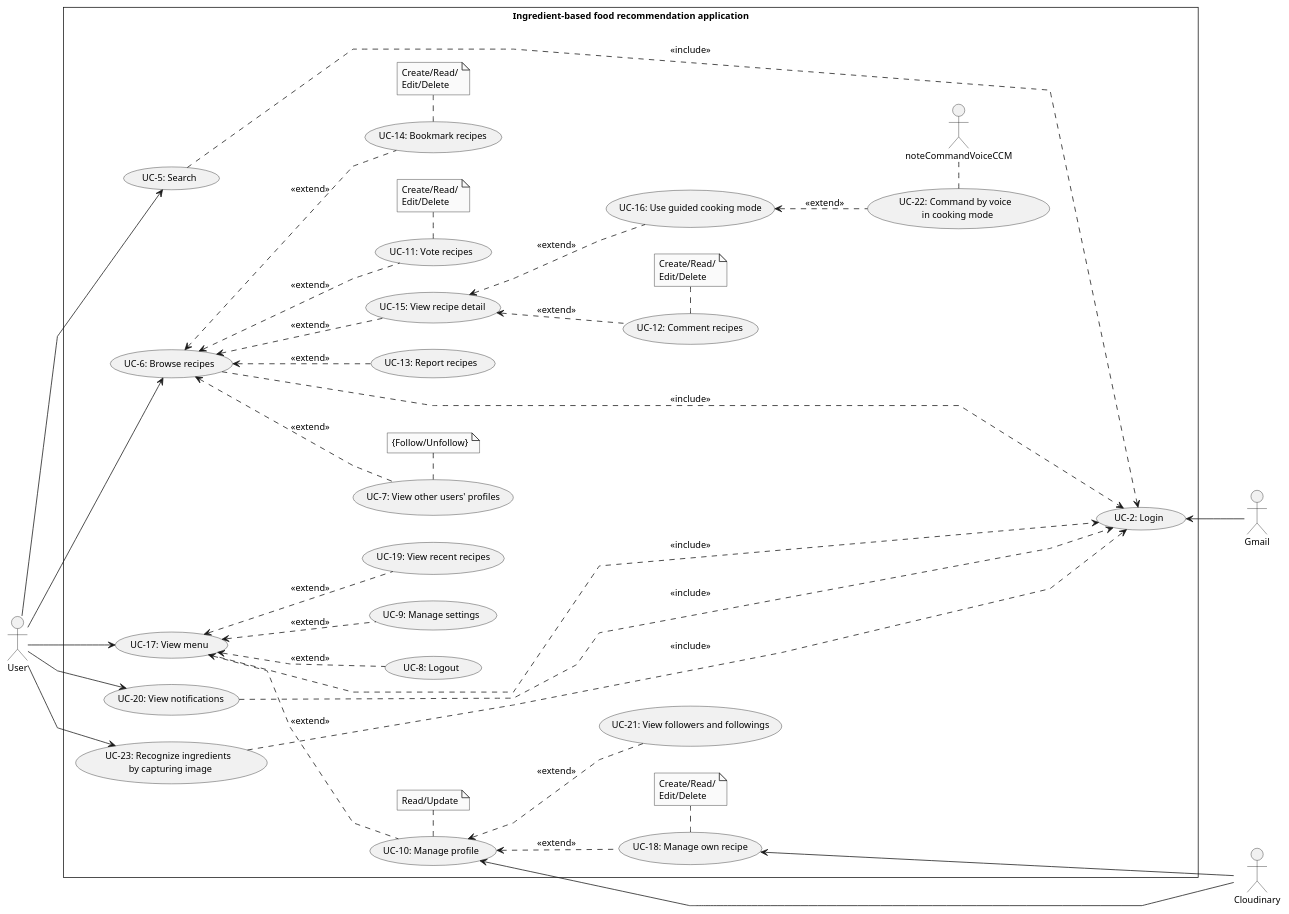
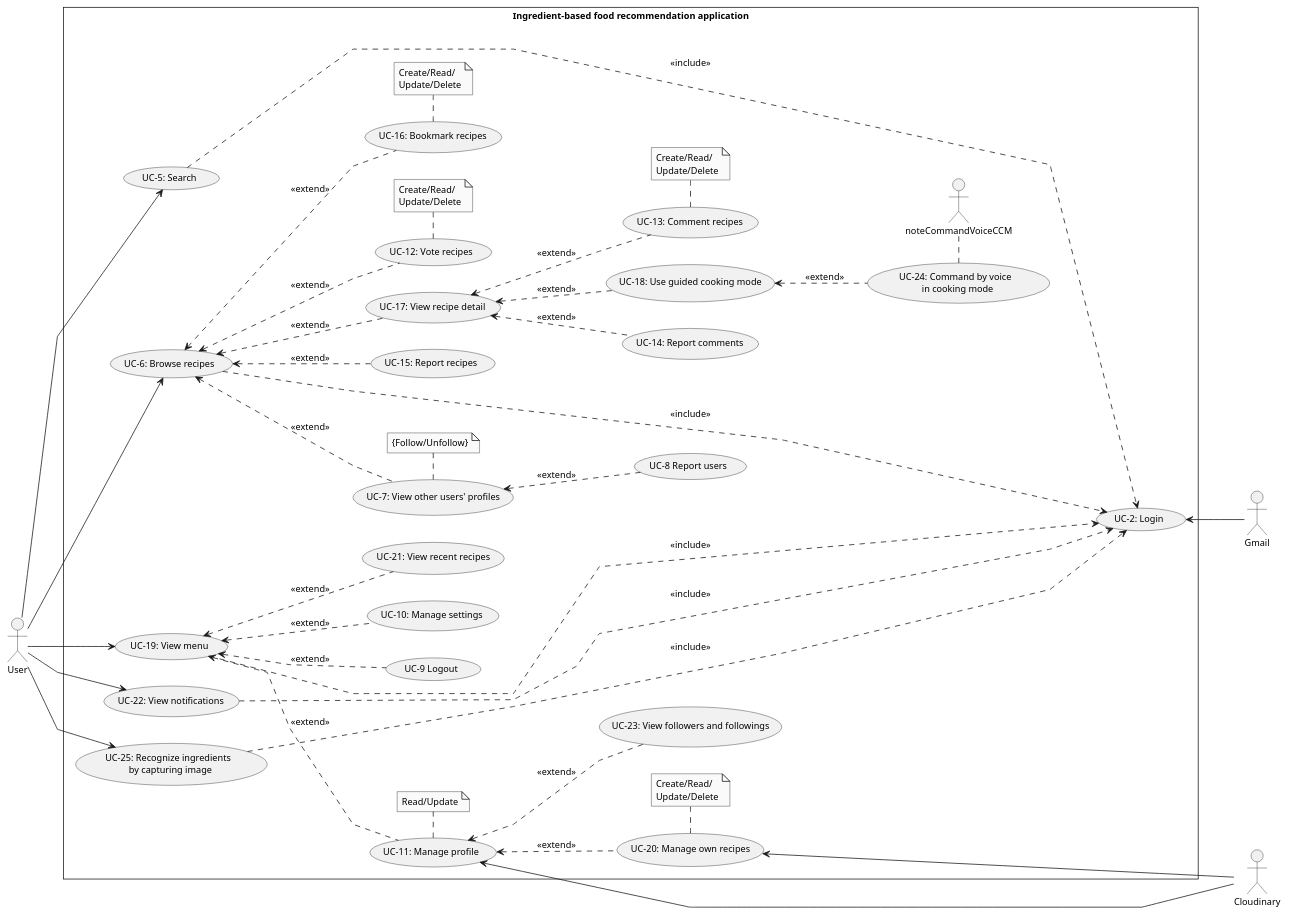
Before and after one commit to Carl-Johnsons/tastopia: the diagram in doc/SRS/Usecase/UserUsecase/UserUsecase.plantuml, drawn with PlantUML.

Commit message:
doc: update user usecase

```diff
--- a/doc/SRS/Usecase/UserUsecase/UserUsecase.plantuml
+++ b/doc/SRS/Usecase/UserUsecase/UserUsecase.plantuml
@@ -1,90 +1,94 @@
 @startuml UserUsecase
 skinparam style strictuml
 skinparam monochrome true
 skinparam linetype polyline
 skinparam defaultFontSize 12
 left to right direction
 actor "User" as user
 actor "Gmail" as gmail
 actor "Cloudinary" as cl
 
 rectangle Ingredient-based<U+0020>food<U+0020>recommendation<U+0020>application {
     usecase "UC-2: Login" as ucLogin
-    usecase "UC-8: Logout" as ucLogout
-    usecase "UC-9: Manage settings" as ucManageSetting
-    usecase "UC-10: Manage profile" as ucManageProfile
+    usecase "UC-8 Report users" as ucReportUser
+    usecase "UC-9 Logout" as ucLogout
+    usecase "UC-10: Manage settings" as ucManageSetting
+    usecase "UC-11: Manage profile" as ucManageProfile
 
     usecase "UC-5: Search" as ucSearch
     usecase "UC-6: Browse recipes" as ucBrowseRecipes
-    usecase "UC-11: Vote recipes" as ucVoteRecipe
-    usecase "UC-12: Comment recipes" as ucCmtRecipe
-    usecase "UC-13: Report recipes" as ucReportRecipe
-    usecase "UC-14: Bookmark recipes" as ucBookmarkRecipe
-    usecase "UC-15: View recipe detail" as ucViewRecipeDetail
-    usecase "UC-16: Use guided cooking mode" as ucGuidedCCM
+    usecase "UC-12: Vote recipes" as ucVoteRecipe
+    usecase "UC-13: Comment recipes" as ucCmtRecipe
+    usecase "UC-14: Report comments" as ucReportComment
+    usecase "UC-15: Report recipes" as ucReportRecipe
+    usecase "UC-16: Bookmark recipes" as ucBookmarkRecipe
+    usecase "UC-17: View recipe detail" as ucViewRecipeDetail
+    usecase "UC-18: Use guided cooking mode" as ucGuidedCCM
     usecase "UC-7: View other users' profiles" as ucViewUSProfile
 
-    usecase "UC-17: View menu" as ucViewMenu
-    usecase "UC-18: Manage own recipe" as ucManageRecipe
-    usecase "UC-19: View recent recipes" as ucViewRecentRecipes
+    usecase "UC-19: View menu" as ucViewMenu
+    usecase "UC-20: Manage own recipes" as ucManageRecipe
+    usecase "UC-21: View recent recipes" as ucViewRecentRecipes
 
-    usecase "UC-20: View notifications" as ucViewNotif
-    usecase "UC-21: View followers and followings" as ucViewFollow
+    usecase "UC-22: View notifications" as ucViewNotif
+    usecase "UC-23: View followers and followings" as ucViewFollow
 
-    note "Create/Read/\nEdit/Delete" as noteManageRecipe
+    note "Create/Read/\nUpdate/Delete" as noteManageRecipe
     note "Read/Update" as noteManageProfile
-    note "Create/Read/\nEdit/Delete" as noteVoteRecipe
-    note "Create/Read/\nEdit/Delete" as noteCmtRecipe
-    note "Create/Read/\nEdit/Delete" as noteBookmarkRecipe
+    note "Create/Read/\nUpdate/Delete" as noteVoteRecipe
+    note "Create/Read/\nUpdate/Delete" as noteCmtRecipe
+    note "Create/Read/\nUpdate/Delete" as noteBookmarkRecipe
     note "{Follow/Unfollow}" as noteViewUSProfile
 
     user --> ucSearch
 
     user --> ucBrowseRecipes
         ucBrowseRecipes <.. ucVoteRecipe : <<extend>>
             ucVoteRecipe . noteVoteRecipe
         ucBrowseRecipes <.. ucReportRecipe : <<extend>>
         ucBrowseRecipes <.. ucViewRecipeDetail : <<extend>>
             ucViewRecipeDetail <.. ucCmtRecipe : <<extend>>
                 ucCmtRecipe . noteCmtRecipe
+            ucViewRecipeDetail <.. ucReportComment : <<extend>>
             ucViewRecipeDetail <.. ucGuidedCCM : <<extend>>
         ucBrowseRecipes <.. ucBookmarkRecipe : <<extend>>
             ucBookmarkRecipe . noteBookmarkRecipe
         ucBrowseRecipes <.. ucViewUSProfile : <<extend>>
             ucViewUSProfile . noteViewUSProfile
+            ucViewUSProfile <.. ucReportUser : <<extend>>
 
     user --> ucViewMenu
         ucViewMenu <.. ucManageProfile : <<extend>>
             ucManageProfile . noteManageProfile
             ucManageProfile <.. ucManageRecipe : <<extend>>
             ucManageProfile <.. ucViewFollow : <<extend>>
                 ucManageRecipe . noteManageRecipe
         ucViewMenu <.. ucManageSetting : <<extend>>
         ucViewMenu <.. ucViewRecentRecipes : <<extend>>
         ucViewMenu <.. ucLogout : <<extend>>
 
     user --> ucViewNotif
     
     gmail -up-> ucLogin
     cl --up--> ucManageProfile
     cl --up--> ucManageRecipe
 
     ucSearch .....> ucLogin : <<include>>
     ucBrowseRecipes .....> ucLogin : <<include>>
     ucViewMenu .....> ucLogin : <<include>>
     ucViewNotif .....>ucLogin : <<include>>
 
 
-    usecase "UC-22: Command by voice \n in cooking mode" as ucCommandVoiceCCM
-    usecase "UC-23: Recognize ingredients \n by capturing image" as ucRecognizeIngre
+    usecase "UC-24: Command by voice \n in cooking mode" as ucCommandVoiceCCM
+    usecase "UC-25: Recognize ingredients \n by capturing image" as ucRecognizeIngre
 
 
     user --> ucRecognizeIngre
     ucGuidedCCM <.. ucCommandVoiceCCM : <<extend>>
         ucCommandVoiceCCM . noteCommandVoiceCCM
 
     ucRecognizeIngre .....> ucLogin : <<include>>
 
 }
 
 @enduml
```
